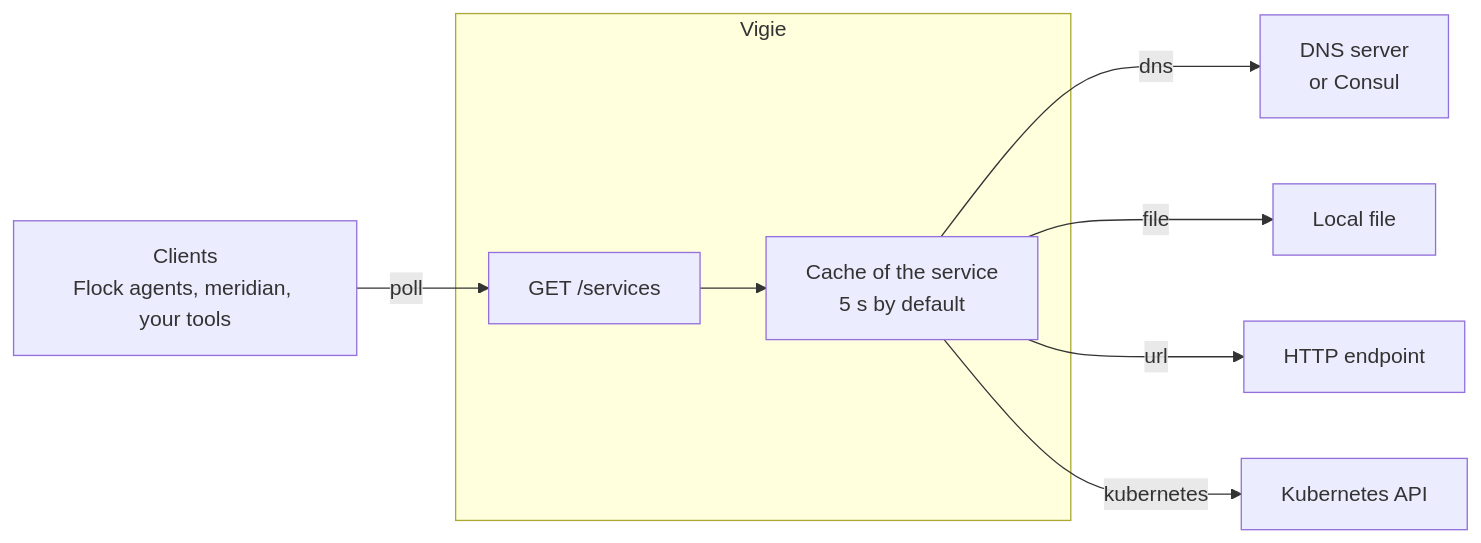
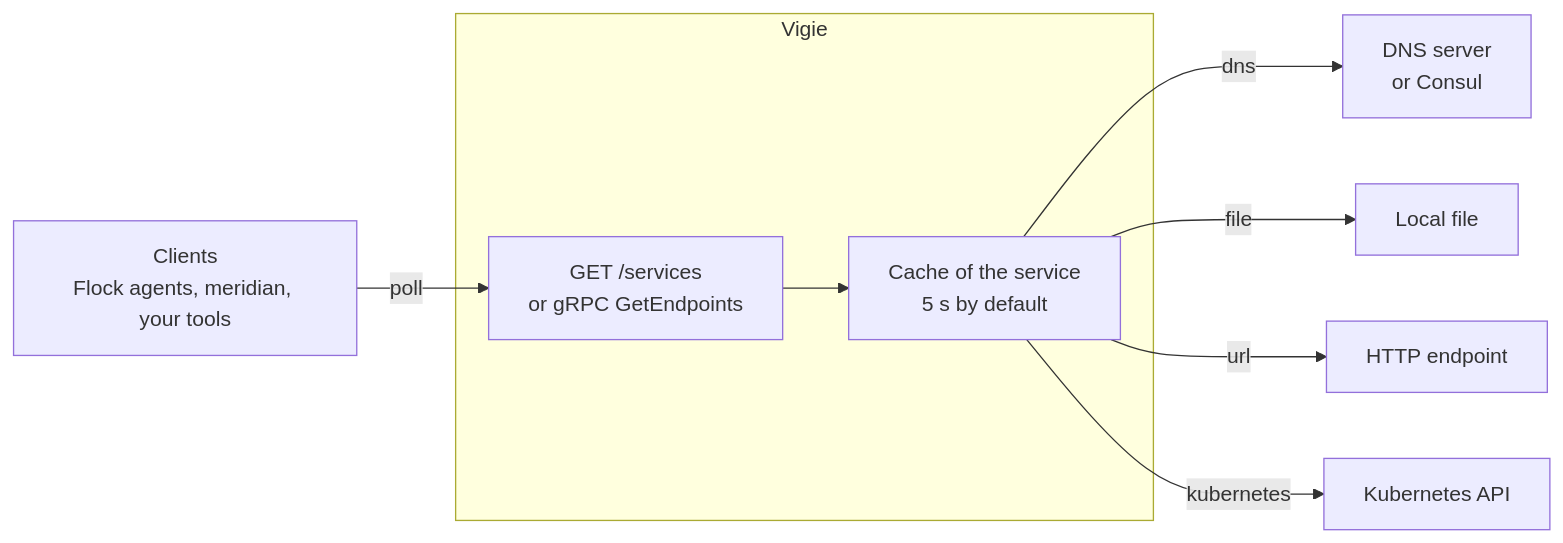
Before and after one commit to seagalia/vigie-doc: the diagram in src/content/docs/concepts/how-vigie-works.mdx, drawn with Mermaid. The commit also changed other lines of this file and 5 other files, not shown here.

````diff
--- a/src/content/docs/concepts/how-vigie-works.mdx
+++ b/src/content/docs/concepts/how-vigie-works.mdx
@@ -13,18 +13,18 @@
 ```mermaid
 flowchart LR
   client["Clients<br/>Flock agents, meridian, your tools"]
   subgraph vigie["Vigie"]
-    handler["GET /services"]
+    handler["GET /services<br/>or gRPC GetEndpoints"]
     cache["Cache of the service<br/>5 s by default"]
     handler --> cache
   end
   dns["DNS server<br/>or Consul"]
   file["Local file"]
   url["HTTP endpoint"]
   k8s["Kubernetes API"]
   client -- "poll" --> handler
   cache -- "dns" --> dns
   cache -- "file" --> file
   cache -- "url" --> url
   cache -- "kubernetes" --> k8s
 ```
````
